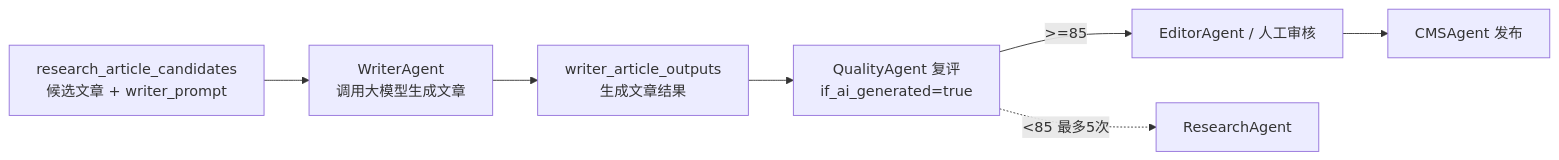
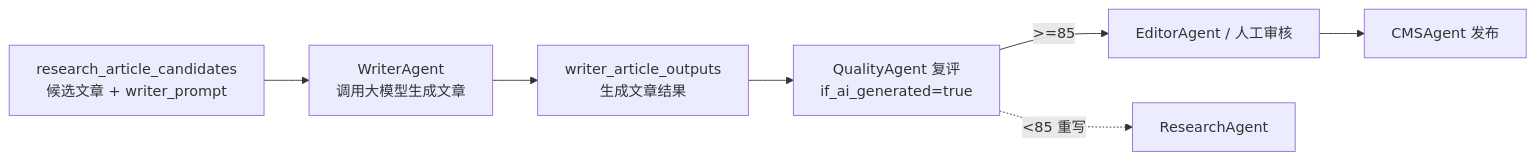
One commit to flyingsnowzz/Multi-Agent-Automatic-Operation-Website changed the diagram in 09-WriterAgent说明.md. Above: the diagram before and after it, drawn with Mermaid. The commit also changed other lines of this file and 6 other files, not shown here.

Commit message:
quality agent revised: max rewrite:2

````diff
--- a/09-WriterAgent说明.md
+++ b/09-WriterAgent说明.md
@@ -14,9 +14,9 @@
 ```mermaid
 flowchart LR
     CANDIDATE["research_article_candidates<br/>候选文章 + writer_prompt"] --> WRITER["WriterAgent<br/>调用大模型生成文章"]
     WRITER --> OUTPUT["writer_article_outputs<br/>生成文章结果"]
     OUTPUT --> QUALITY_REV["QualityAgent 复评<br/>if_ai_generated=true"]
     QUALITY_REV -->|">=85"| EDITOR["EditorAgent / 人工审核"]
-    QUALITY_REV -.->|"<85 最多5次"| RESEARCH["ResearchAgent"]
+    QUALITY_REV -.->|"<85 重写"| RESEARCH["ResearchAgent"]
     EDITOR --> CMS["CMSAgent 发布"]
 ```
````
